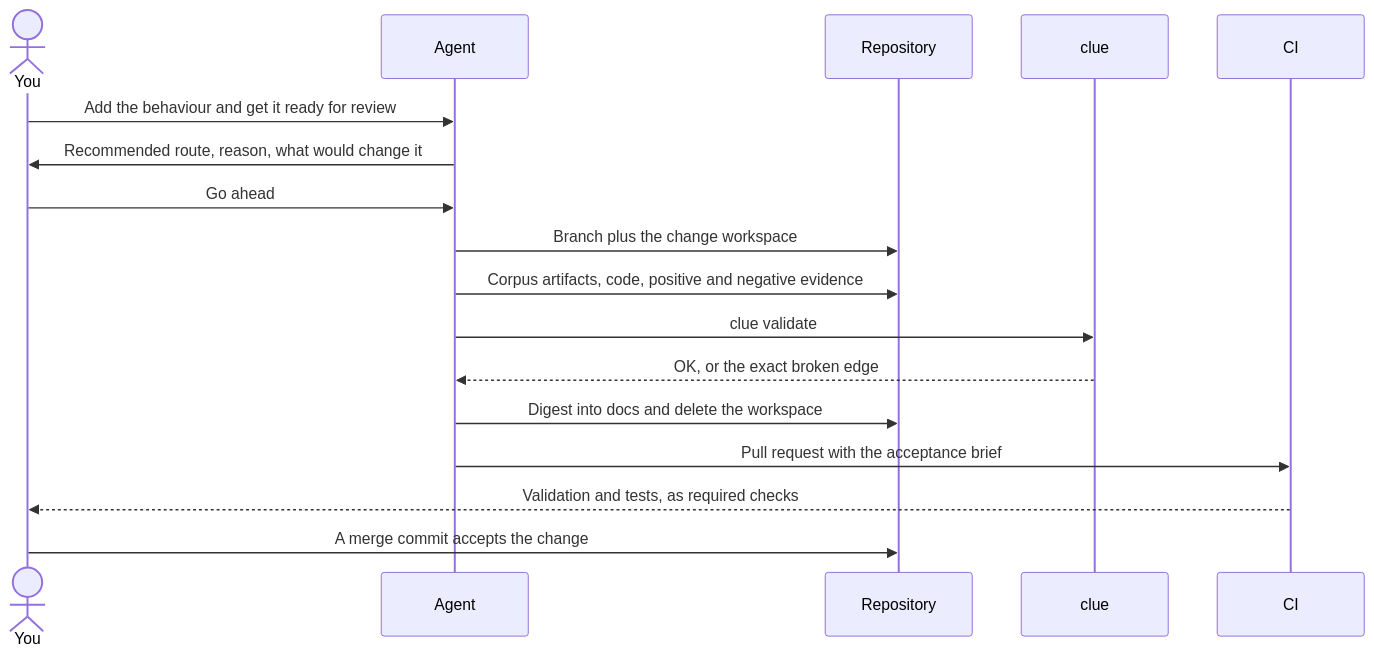
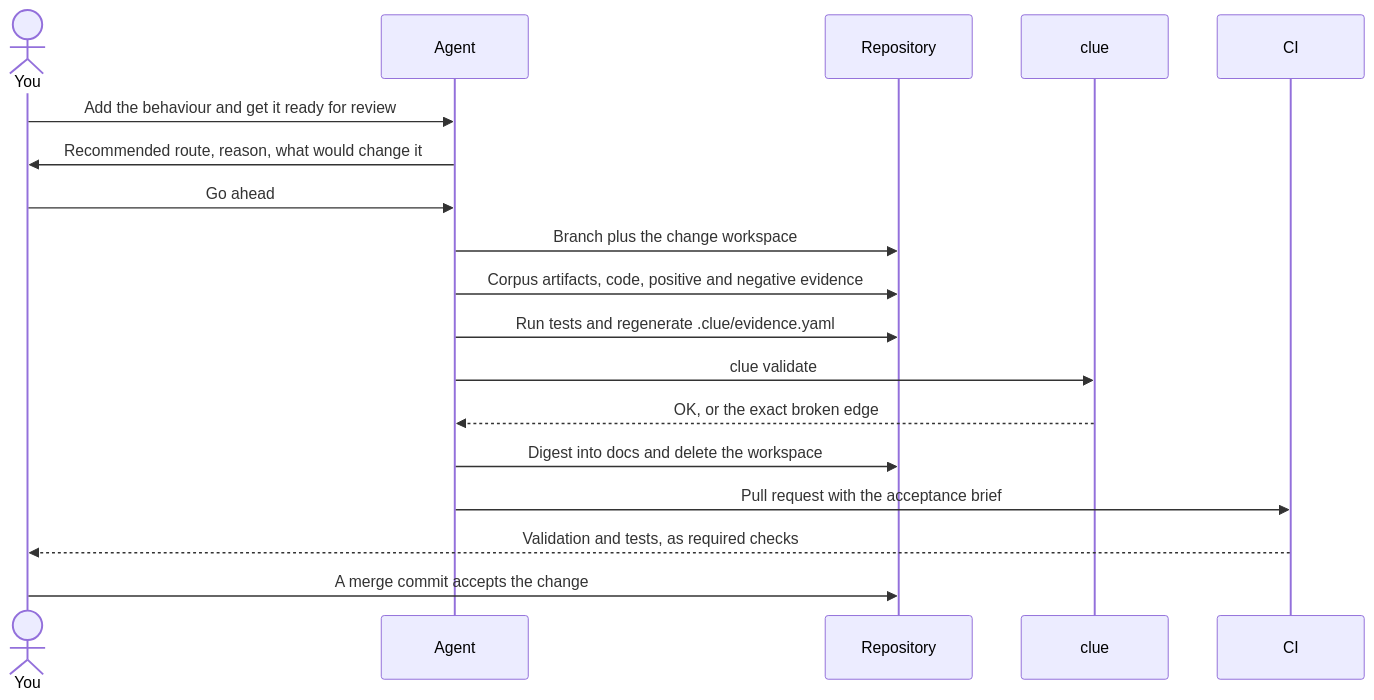
Before and after one commit to cliewen/cliewen: the diagram in guide/first-change.md, drawn with Mermaid. The commit also changed other lines of this file and 4 other files, not shown here.

````diff
--- a/guide/first-change.md
+++ b/guide/first-change.md
@@ -5,19 +5,20 @@
 ```mermaid
 sequenceDiagram
   actor You
   participant Agent
   participant Repo as Repository
   participant Clue as clue
   participant CI
   You->>Agent: Add the behaviour and get it ready for review
   Agent->>You: Recommended route, reason, what would change it
   You->>Agent: Go ahead
   Agent->>Repo: Branch plus the change workspace
   Agent->>Repo: Corpus artifacts, code, positive and negative evidence
+  Agent->>Repo: Run tests and regenerate .clue/evidence.yaml
   Agent->>Clue: clue validate
   Clue-->>Agent: OK, or the exact broken edge
   Agent->>Repo: Digest into docs and delete the workspace
   Agent->>CI: Pull request with the acceptance brief
   CI-->>You: Validation and tests, as required checks
   You->>Repo: A merge commit accepts the change
 ```
````
